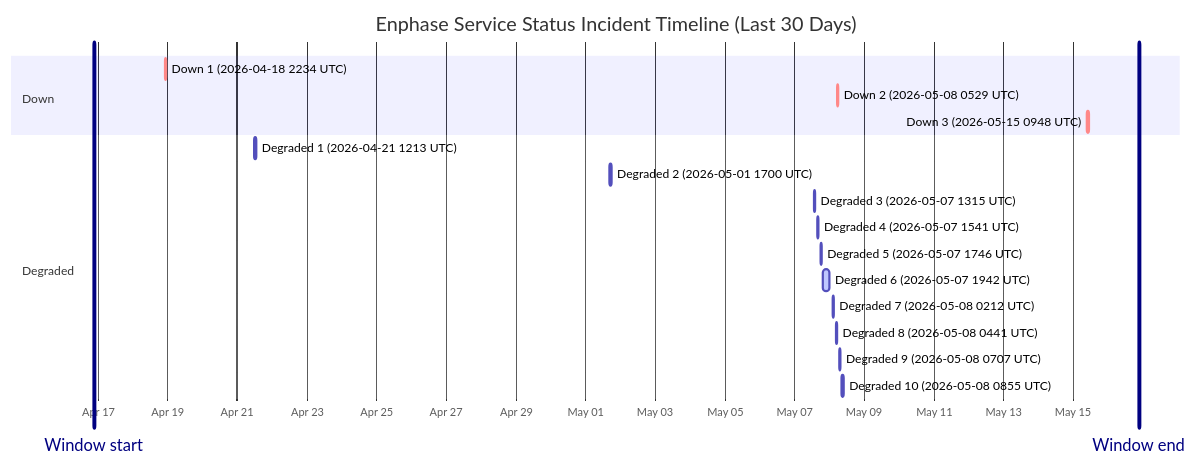
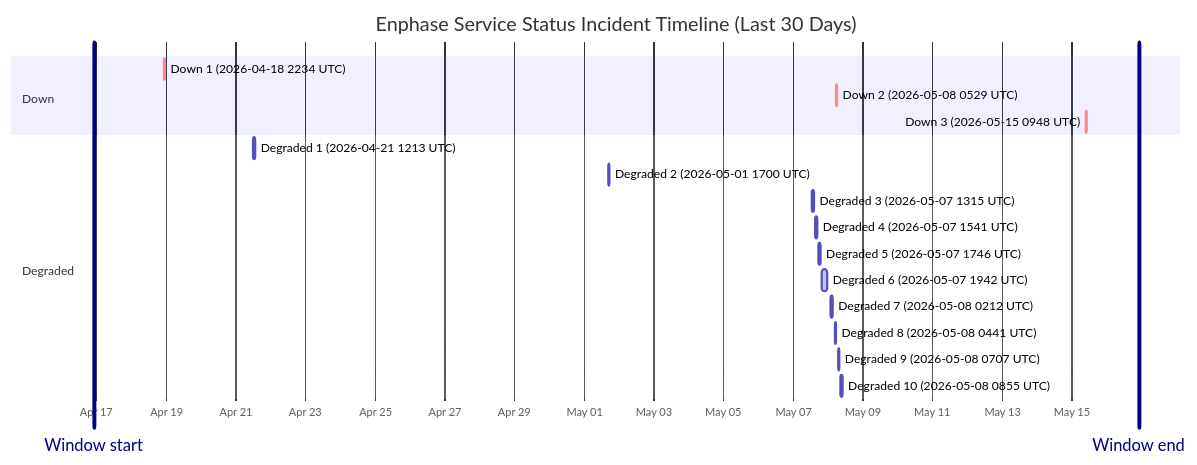
Before and after one commit to barneyonline/ha-enphase-ev-charger: the diagram in wiki/Service-Status-History.md, drawn with Mermaid. The commit also changed other lines of this file and 3 other files, not shown here.

````diff
--- a/wiki/Service-Status-History.md
+++ b/wiki/Service-Status-History.md
@@ -14,23 +14,23 @@
 ```mermaid
 gantt
     title Enphase Service Status Incident Timeline (Last 30 Days)
     dateFormat  YYYY-MM-DDTHH:mm:ss
     axisFormat  %b %d
-    Window start :vert, window-start, 2026-04-16T21:11:25, 0ms
-    Window end :vert, window-end, 2026-05-16T21:11:25, 0ms
+    Window start :vert, window-start, 2026-04-16T22:10:36, 0ms
+    Window end :vert, window-end, 2026-05-16T22:10:36, 0ms
     section Down
     Down 1 (2026-04-18 2234 UTC) :crit, down-1, 2026-04-18T22:34:13, 60m
     Down 2 (2026-05-08 0529 UTC) :crit, down-2, 2026-05-08T05:29:47, 60m
     Down 3 (2026-05-15 0948 UTC) :crit, down-3, 2026-05-15T09:48:18, 60m
     section Degraded
     Degraded 1 (2026-04-21 1213 UTC) :active, degraded-1, 2026-04-21T12:13:11, 60m
     Degraded 2 (2026-05-01 1700 UTC) :active, degraded-2, 2026-05-01T17:00:22, 60m
     Degraded 3 (2026-05-07 1315 UTC) :active, degraded-3, 2026-05-07T13:15:25, 60m
     Degraded 4 (2026-05-07 1541 UTC) :active, degraded-4, 2026-05-07T15:41:58, 60m
     Degraded 5 (2026-05-07 1746 UTC) :active, degraded-5, 2026-05-07T17:46:51, 60m
     Degraded 6 (2026-05-07 1942 UTC) :active, degraded-6, 2026-05-07T19:42:10, 249m
     Degraded 7 (2026-05-08 0212 UTC) :active, degraded-7, 2026-05-08T02:12:39, 60m
     Degraded 8 (2026-05-08 0441 UTC) :active, degraded-8, 2026-05-08T04:41:46, 60m
     Degraded 9 (2026-05-08 0707 UTC) :active, degraded-9, 2026-05-08T07:07:30, 60m
     Degraded 10 (2026-05-08 0855 UTC) :active, degraded-10, 2026-05-08T08:55:20, 88m
 ```
````
